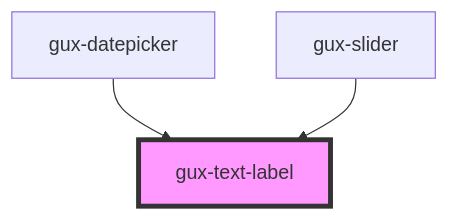
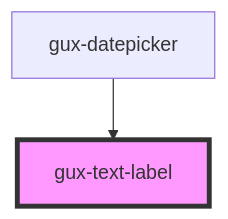
Before and after one commit to MyPureCloud/genesys-spark: the diagram in src/components/gux-text-label/readme.md, drawn with Mermaid. The commit also changed other lines of this file and 3 other files, not shown here.

First line of the commit message:
fix(component): Replace label with srLabel in slider component

````diff
--- a/src/components/gux-text-label/readme.md
+++ b/src/components/gux-text-label/readme.md
@@ -24,6 +23,5 @@
 ```mermaid
 graph TD;
   gux-datepicker --> gux-text-label
-  gux-slider --> gux-text-label
   style gux-text-label fill:#f9f,stroke:#333,stroke-width:4px
 ```
````
